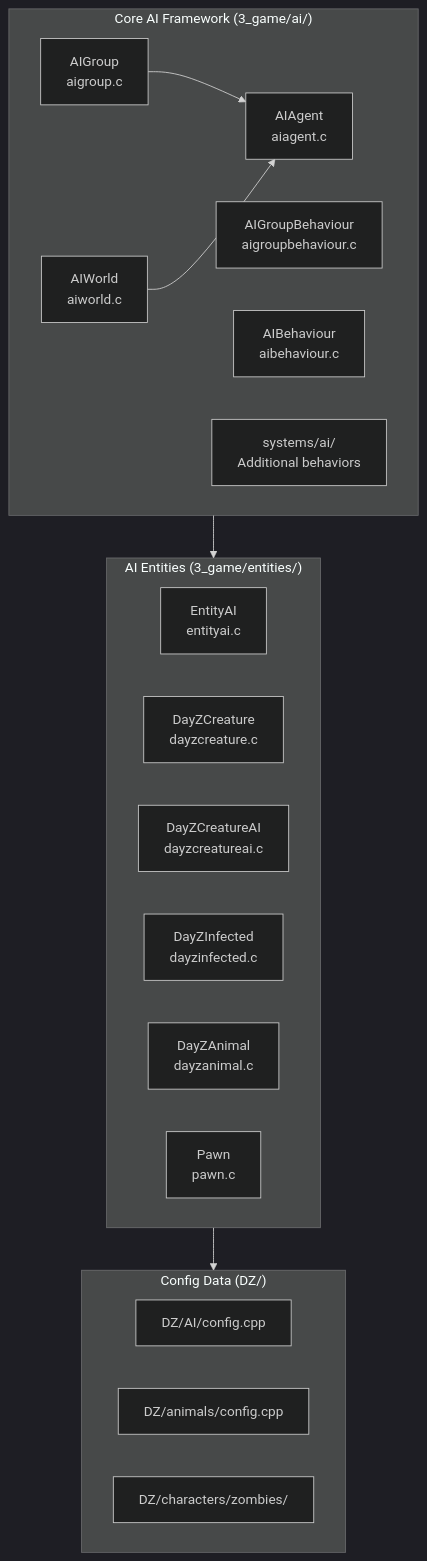
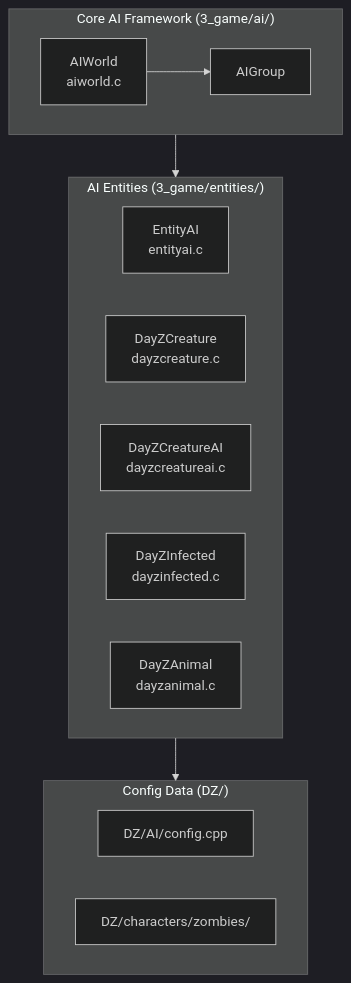
Before and after one commit to rogersau/DayZ-Scripts-Wiki: the first of 2 diagrams in docs/game-systems/ai-system.md, drawn with Mermaid (dark theme). The commit also changed other lines of this file and 48 other files, not shown here.

````diff
--- a/docs/game-systems/ai-system.md
+++ b/docs/game-systems/ai-system.md
@@ -7,31 +9,24 @@
 ```mermaid
 flowchart TD
     subgraph CoreAI["Core AI Framework (3_game/ai/)"]
-        AGENT[AIAgent<br/>aiagent.c]
-        GROUP[AIGroup<br/>aigroup.c]
-        GROUP_BEH[AIGroupBehaviour<br/>aigroupbehaviour.c]
         WORLD[AIWorld<br/>aiworld.c]
-        BEH[AIBehaviour<br/>aibehaviour.c]
-        SYS[systems/ai/<br/>Additional behaviors]
+        GROUP[AIGroup]
     end
     
     subgraph Entities["AI Entities (3_game/entities/)"]
         EA[EntityAI<br/>entityai.c]
         DC[DayZCreature<br/>dayzcreature.c]
         DCA[DayZCreatureAI<br/>dayzcreatureai.c]
         DI[DayZInfected<br/>dayzinfected.c]
         DA[DayZAnimal<br/>dayzanimal.c]
-        PAWN[Pawn<br/>pawn.c]
     end
     
     subgraph Config["Config Data (DZ/)"]
         AI_CFG[DZ/AI/config.cpp]
-        ANIM_CFG[DZ/animals/config.cpp]
         ZOMBIES[DZ/characters/zombies/]
     end
     
     CoreAI --> Entities
     Entities --> Config
-    GROUP --> AGENT
-    WORLD --> AGENT
+    WORLD --> GROUP
 ```
````
